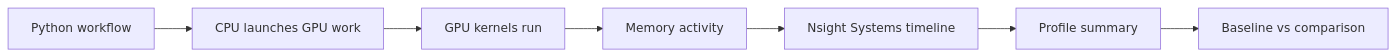
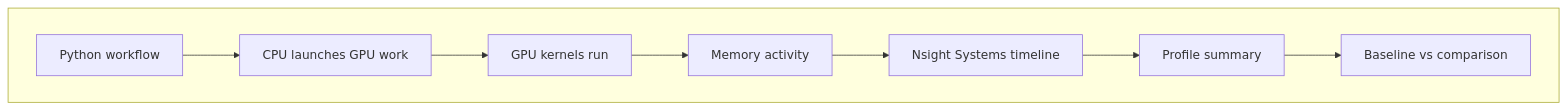
One commit to madantimalsina/sim2spec changed the diagram in Project_4_ReadMe.md. Above: the diagram before and after it, drawn with Mermaid.

Commit message:
Enhance flowchart with subgraph for clarity
Added a subgraph to the flowchart for better organization.

````diff
--- a/Project_4_ReadMe.md
+++ b/Project_4_ReadMe.md
@@ -16,9 +16,12 @@
 ```mermaid
 flowchart LR
-    A[Python workflow] --> B[CPU launches GPU work]
-    B --> C[GPU kernels run]
-    C --> D[Memory activity]
-    D --> E[Nsight Systems timeline]
-    E --> F[Profile summary]
-    F --> G[Baseline vs comparison]
+    subgraph row1[" "]
+        direction LR
+        A[Python workflow] --> B[CPU launches GPU work]
+        B --> C[GPU kernels run]
+        C --> D[Memory activity]
+        D --> E[Nsight Systems timeline]
+        E --> F[Profile summary]
+        F --> G[Baseline vs comparison]
+    end
 ```
````
